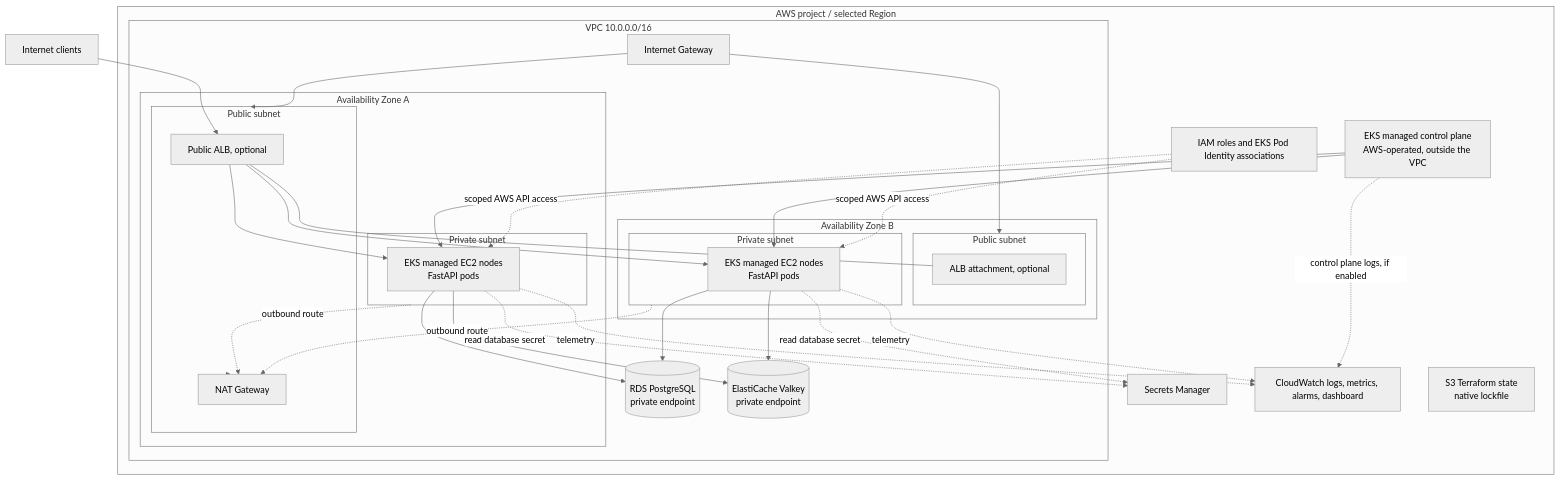
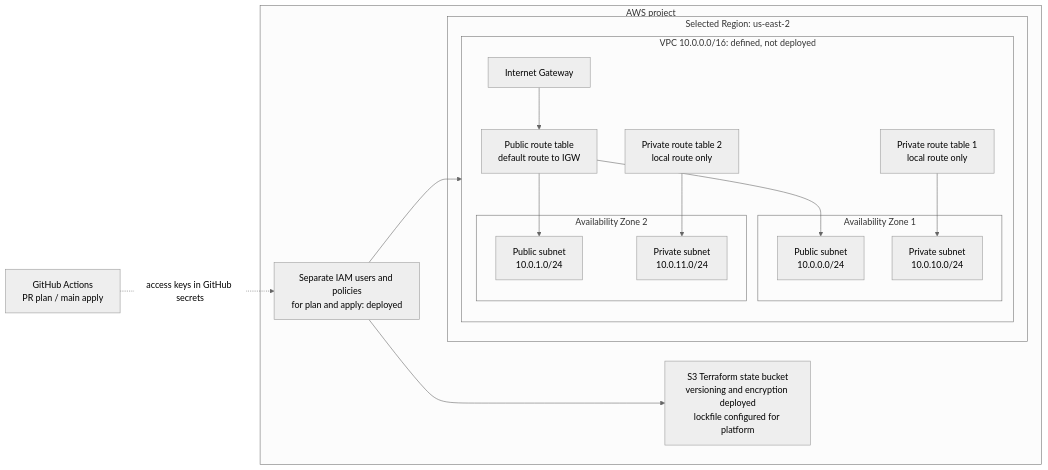
Before and after one commit to ramirocastillo93/aws-eks-platform-lab: the diagram in README.md, drawn with Mermaid (neutral theme). The commit also changed other lines of this file and 12 other files, not shown here.

Commit message:
Add Terraform network foundation and GitHub Actions delivery

````diff
--- a/README.md
+++ b/README.md
@@ -13,47 +13,34 @@
 ```mermaid
-flowchart TB
-    users[Internet clients] --> alb
+flowchart LR
+    gh[GitHub Actions<br/>PR plan / main apply]
 
-    subgraph aws[AWS project / selected Region]
-        iam[IAM roles and EKS Pod Identity associations]
-        eks[EKS managed control plane<br/>AWS-operated, outside the VPC]
-        secrets[Secrets Manager]
-        cw[CloudWatch logs, metrics, alarms, dashboard]
-        state[S3 Terraform state<br/>native lockfile]
+    subgraph aws[AWS project]
+        iam[Separate IAM users and policies<br/>for plan and apply: deployed]
+        state[S3 Terraform state bucket<br/>versioning and encryption deployed<br/>lockfile configured for platform]
 
-        subgraph vpc[VPC 10.0.0.0/16]
-            igw[Internet Gateway]
-            subgraph az1[Availability Zone A]
-                subgraph pub1[Public subnet]
-                    alb[Public ALB, optional]
-                    nat[NAT Gateway]
+        subgraph region[Selected Region: us-east-2]
+            subgraph vpc[VPC 10.0.0.0/16: defined, not deployed]
+                igw[Internet Gateway]
+                prt[Public route table<br/>default route to IGW]
+                subgraph az1[Availability Zone 1]
+                    pub1[Public subnet<br/>10.0.0.0/24]
+                    priv1[Private subnet<br/>10.0.10.0/24]
                 end
-                subgraph priv1[Private subnet]
-                    node1[EKS managed EC2 nodes<br/>FastAPI pods]
+                subgraph az2[Availability Zone 2]
+                    pub2[Public subnet<br/>10.0.1.0/24]
+                    priv2[Private subnet<br/>10.0.11.0/24]
                 end
+                r1[Private route table 1<br/>local route only]
+                r2[Private route table 2<br/>local route only]
             end
-            subgraph az2[Availability Zone B]
-                subgraph pub2[Public subnet]
-                    alb2[ALB attachment, optional]
-                end
-                subgraph priv2[Private subnet]
-                    node2[EKS managed EC2 nodes<br/>FastAPI pods]
-                end
-            end
-            rds[(RDS PostgreSQL<br/>private endpoint)]
-            cache[(ElastiCache Valkey<br/>private endpoint)]
         end
     end
 
-    igw --> pub1 & pub2
-    pub1 --> nat
-    priv1 & priv2 -. outbound route .-> nat
-    alb --- alb2
-    alb --> node1 & node2
-    eks --> node1 & node2
-    node1 & node2 --> rds & cache
-    iam -. scoped AWS API access .-> node1 & node2
-    node1 & node2 -. read database secret .-> secrets
-    node1 & node2 -. telemetry .-> cw
-    eks -. control plane logs, if enabled .-> cw
+    gh -. access keys in GitHub secrets .-> iam
+    iam --> state
+    iam --> vpc
+    igw --> prt
+    prt --> pub1 & pub2
+    r1 --> priv1
+    r2 --> priv2
 ```
````
